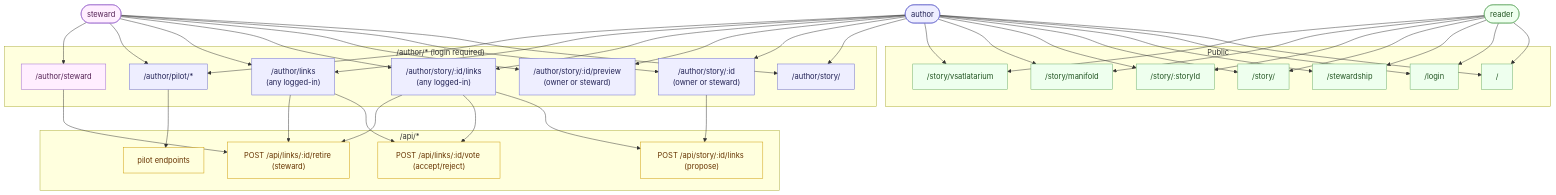
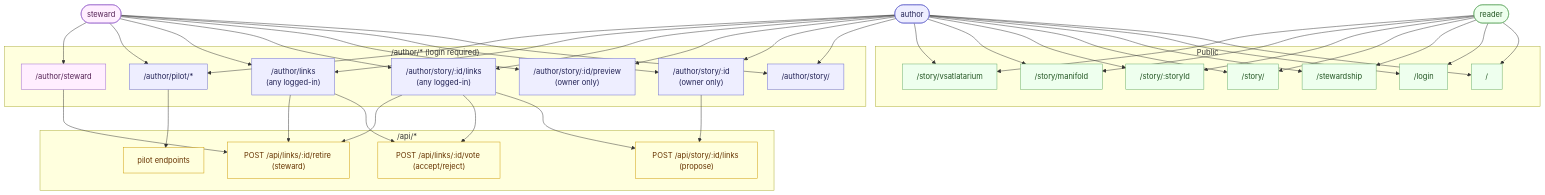
The seventh of 7 diagrams in docs/role-sitemap.md (BrookesUniversityLearningResources/vsat), drawn with Mermaid before and after one commit. The commit also changed other lines of this file and 23 other files, not shown here.

First line of the commit message:
Add returnTo auth flow, interpretive-link voting, and role docs

````diff
--- a/docs/role-sitemap.md
+++ b/docs/role-sitemap.md
@@ -230,50 +227,50 @@
 ```mermaid
 flowchart TB
   classDef pub fill:#efe,stroke:#6a6,color:#252;
   classDef auth fill:#eef,stroke:#66c,color:#225;
   classDef stewardOnly fill:#fef,stroke:#96c,color:#525;
   classDef api fill:#ffd,stroke:#c90,color:#630;
 
   R([reader]):::pub
   A([author]):::auth
   S([steward]):::stewardOnly
 
   subgraph Public
     H["/"]:::pub
     L["/login"]:::pub
     STW["/stewardship"]:::pub
     SI["/story/"]:::pub
     SR["/story/:storyId"]:::pub
     MF["/story/manifold"]:::pub
     VL["/story/vsatlatarium"]:::pub
   end
 
   subgraph Authed["/author/* (login required)"]
     AD["/author/story/"]:::auth
-    AE["/author/story/:id<br/>(owner or steward)"]:::auth
-    PRE["/author/story/:id/preview<br/>(owner or steward)"]:::auth
+    AE["/author/story/:id<br/>(owner only)"]:::auth
+    PRE["/author/story/:id/preview<br/>(owner only)"]:::auth
     ASL["/author/story/:id/links<br/>(any logged-in)"]:::auth
     AL["/author/links<br/>(any logged-in)"]:::auth
     PI["/author/pilot/*"]:::auth
     SCON["/author/steward"]:::stewardOnly
   end
 
   subgraph API["/api/*"]
     P1["POST /api/story/:id/links (propose)"]:::api
     P2["POST /api/links/:id/vote (accept/reject)"]:::api
     P3["POST /api/links/:id/retire (steward)"]:::api
     P4["pilot endpoints"]:::api
   end
 
   R --> H & L & STW & SI & SR & MF & VL
   A --> H & L & STW & SI & SR & MF & VL
   A --> AD & AE & PRE & ASL & AL & PI
   S --> AD & AE & PRE & ASL & AL & PI & SCON
   AE --> P1
   ASL --> P1 & P2
   AL --> P2
   SCON --> P3
   ASL --> P3
   AL --> P3
   PI --> P4
 ```
````
